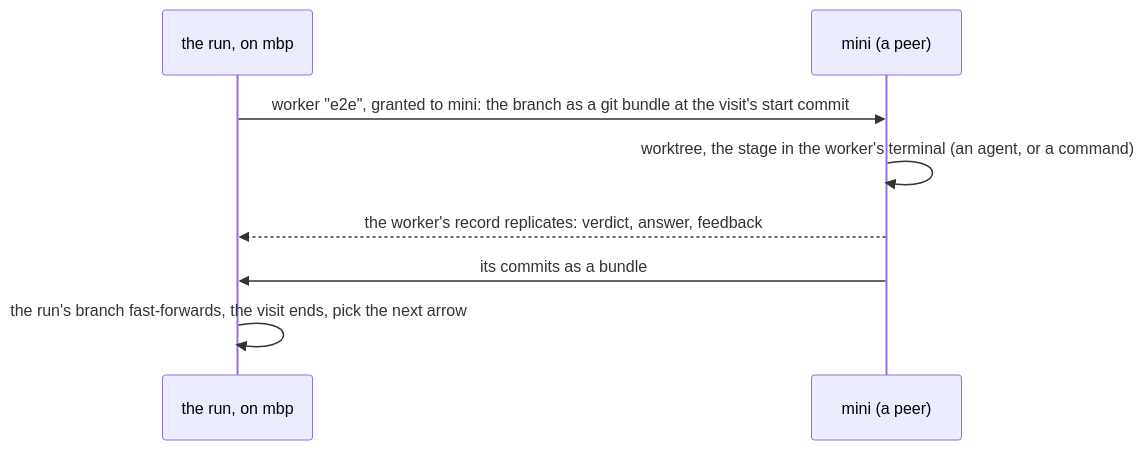
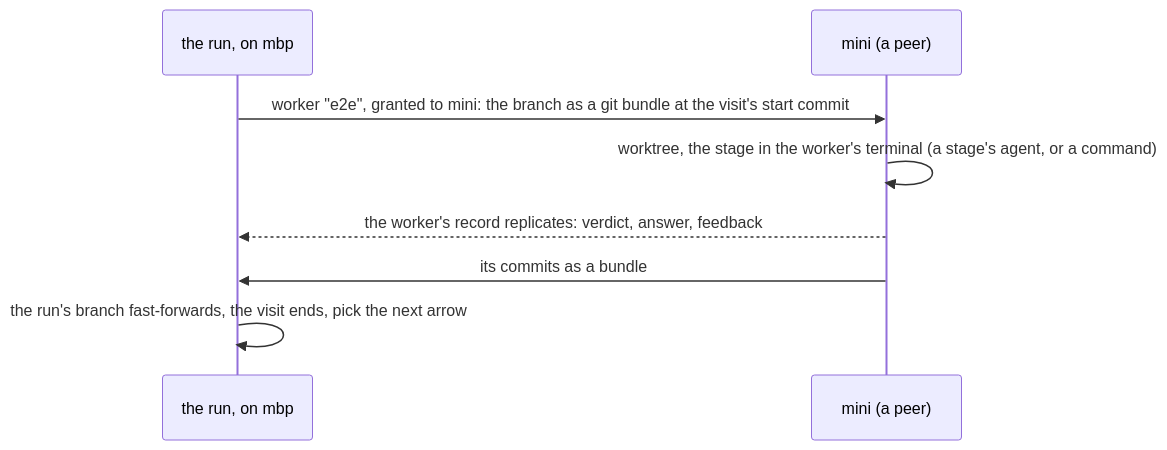
One commit to tampopogk/kanna changed the fourth of 5 diagrams in docs/specs/software-factory.md. Above: the diagram before and after it, drawn with Mermaid. The commit also changed other lines of this file and 3 other files, not shown here.

Commit message:
A run hands back by telling the task's agent its branch is ready and how to take it; the task's worktree and branch stay as they are; the factory spec names the task's agent and a stage's agent apart

````diff
--- a/docs/specs/software-factory.md
+++ b/docs/specs/software-factory.md
@@ -86,10 +86,10 @@
 ```mermaid
 sequenceDiagram
     participant R as the run, on mbp
     participant M as mini (a peer)
     R->>M: worker "e2e", granted to mini: the branch as a git bundle at the visit's start commit
-    M->>M: worktree, the stage in the worker's terminal (an agent, or a command)
+    M->>M: worktree, the stage in the worker's terminal (a stage's agent, or a command)
     M-->>R: the worker's record replicates: verdict, answer, feedback
     M->>R: its commits as a bundle
     R->>R: the run's branch fast-forwards, the visit ends, pick the next arrow
 ```
````
